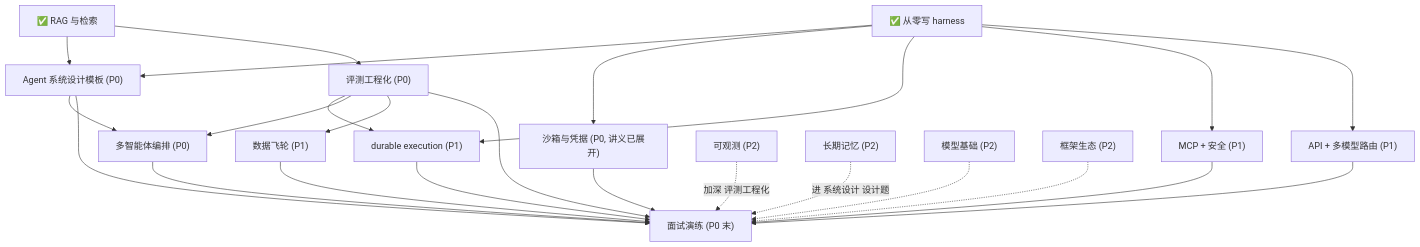
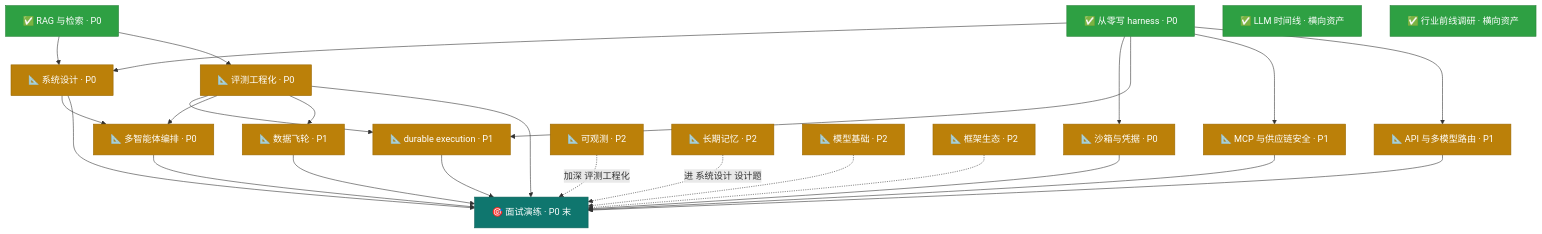
Before and after one commit to zo0043/learn-agent-harness: the diagram in notes/knowledge-map.md, drawn with Mermaid. The commit also changed 2 other files, not shown here.

Commit message:
refactor: /map 改为 knowledge-map.md 原文渲染，消除手绘副本漂移
- 站点 /map 与 /interview 同模式：从 courses 集合 render notes/knowledge-map.md，笔记改即同步
- knowledge-map 依赖图 mermaid 重写为 ASCII id + 状态配色（边沿用 canonical，补 LLM 时间线/行业前线两个横向资产节点）
- viz/mermaid-check.mjs 覆盖 /map；验收 PASS（13 页 mermaid 全渲染、无非 200 响应、无控制台错误）

````diff
--- a/notes/knowledge-map.md
+++ b/notes/knowledge-map.md
@@ -68,26 +68,49 @@
 ```mermaid
 graph TD
-  从零写harness["✅ 从零写 harness"] --> 系统设计["Agent 系统设计模板 (P0)"]
-  RAG与检索["✅ RAG 与检索"] --> 系统设计
-  从零写harness --> 沙箱与凭据["沙箱与凭据 (P0, 讲义已展开)"]
-  RAG与检索 --> 评测工程化["评测工程化 (P0)"]
-  从零写harness --> durableexecution["durable execution (P1)"]
-  评测工程化 --> durableexecution
-  从零写harness --> MCP与供应链安全["MCP + 安全 (P1)"]
-  系统设计 --> 多智能体编排["多智能体编排 (P0)"]
-  评测工程化 --> 多智能体编排
-  多智能体编排 --> 面试演练
-  从零写harness --> API与多模型路由["API + 多模型路由 (P1)"]
-  评测工程化 --> 数据飞轮["数据飞轮 (P1)"]
-  系统设计 --> 面试演练["面试演练 (P0 末)"]
-  沙箱与凭据 --> 面试演练
-  评测工程化 --> 面试演练
-  durableexecution --> 面试演练
-  MCP与供应链安全 --> 面试演练
-  API与多模型路由 --> 面试演练
-  数据飞轮 --> 面试演练
-  可观测["可观测 (P2)"] -.->|加深 评测工程化| 面试演练
-  长期记忆["长期记忆 (P2)"] -.->|进 系统设计 设计题| 面试演练
-  模型基础["模型基础 (P2)"] -.-> 面试演练
-  框架生态["框架生态 (P2)"] -.-> 面试演练
+  classDef done fill:#2ea043,stroke:#278038,color:#fff
+  classDef doing fill:#bb8009,stroke:#9a6700,color:#fff
+  classDef todo fill:#6e7681,stroke:#57606a,color:#fff
+  classDef hub fill:#0f766e,stroke:#0d5f59,color:#fff
+
+  HARNESS["✅ 从零写 harness · P0"]:::done
+  RAG["✅ RAG 与检索 · P0"]:::done
+  SYSDESIGN["📐 系统设计 · P0"]:::doing
+  SANDBOX["📐 沙箱与凭据 · P0"]:::doing
+  EVAL["📐 评测工程化 · P0"]:::doing
+  DURABLE["📐 durable execution · P1"]:::doing
+  MCP["📐 MCP 与供应链安全 · P1"]:::doing
+  API["📐 API 与多模型路由 · P1"]:::doing
+  FLYWHEEL["📐 数据飞轮 · P1"]:::doing
+  OBS["📐 可观测 · P2"]:::doing
+  MEMORY["📐 长期记忆 · P2"]:::doing
+  MODEL["📐 模型基础 · P2"]:::doing
+  FRAMEWORK["📐 框架生态 · P2"]:::doing
+  MULTIAGENT["📐 多智能体编排 · P0"]:::doing
+  TIMELINE["✅ LLM 时间线 · 横向资产"]:::done
+  INDUSTRY["✅ 行业前线调研 · 横向资产"]:::done
+  INTERVIEW["🎯 面试演练 · P0 末"]:::hub
+
+  HARNESS --> SYSDESIGN
+  RAG --> SYSDESIGN
+  HARNESS --> SANDBOX
+  RAG --> EVAL
+  HARNESS --> DURABLE
+  EVAL --> DURABLE
+  HARNESS --> MCP
+  SYSDESIGN --> MULTIAGENT
+  EVAL --> MULTIAGENT
+  MULTIAGENT --> INTERVIEW
+  HARNESS --> API
+  EVAL --> FLYWHEEL
+  SYSDESIGN --> INTERVIEW
+  SANDBOX --> INTERVIEW
+  EVAL --> INTERVIEW
+  DURABLE --> INTERVIEW
+  MCP --> INTERVIEW
+  API --> INTERVIEW
+  FLYWHEEL --> INTERVIEW
+  OBS -.->|加深 评测工程化| INTERVIEW
+  MEMORY -.->|进 系统设计 设计题| INTERVIEW
+  MODEL -.-> INTERVIEW
+  FRAMEWORK -.-> INTERVIEW
 ```
````
